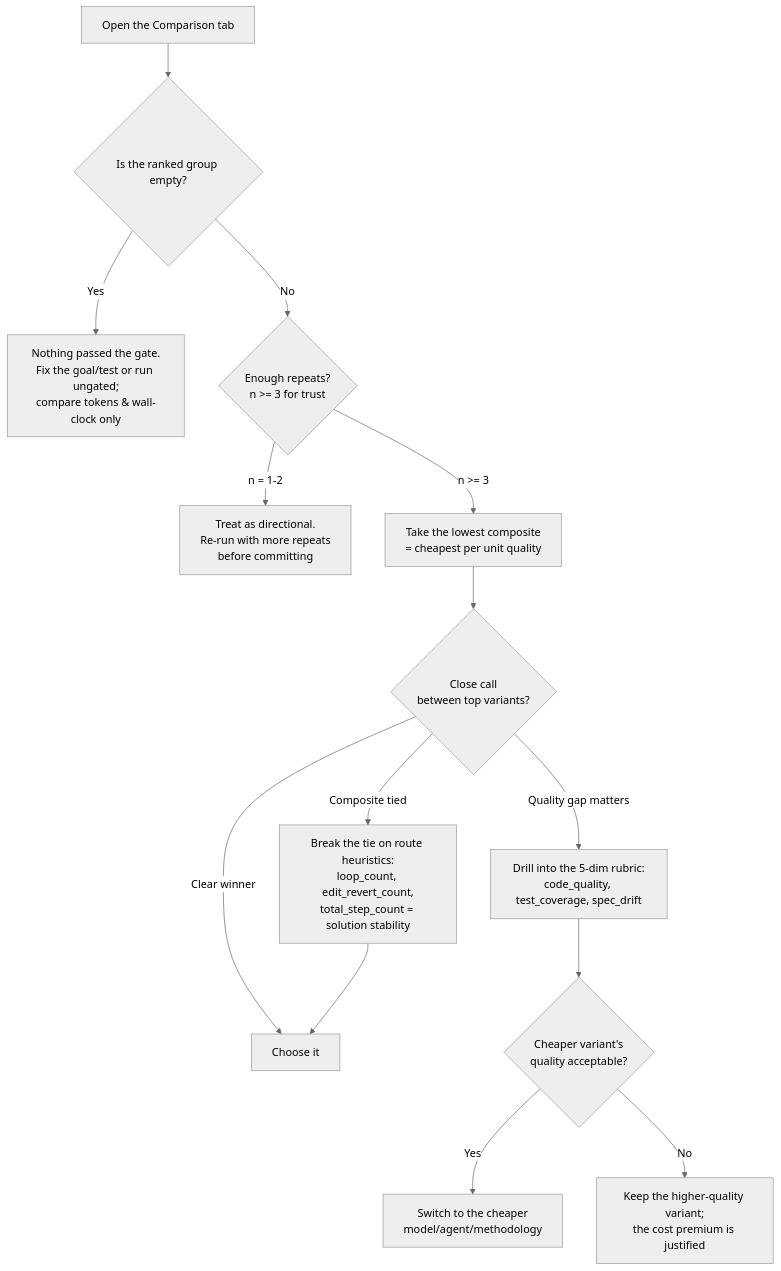
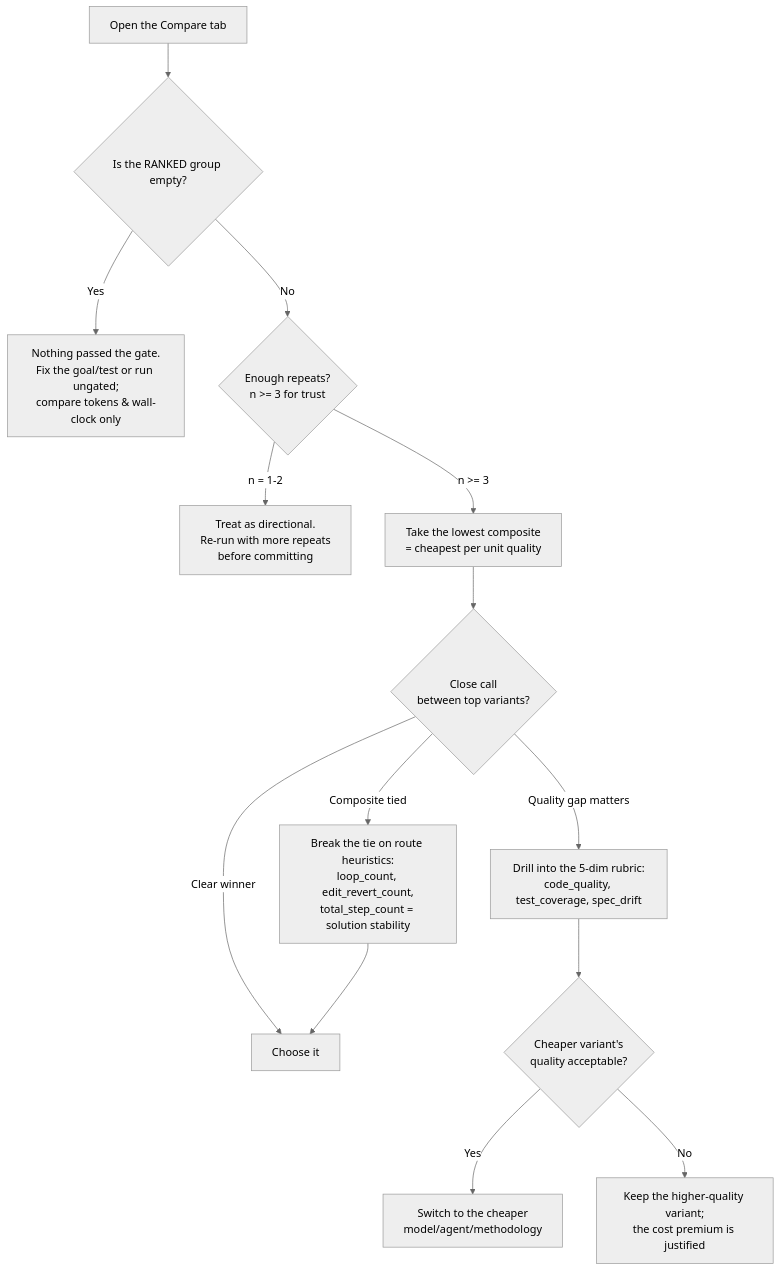
Before and after one commit to fwornle/coding: the diagram in docs-content/measurement/tutorial.md, drawn with Mermaid (neutral theme). The commit also changed other lines of this file and 61 other files, not shown here.

````diff
--- a/docs-content/measurement/tutorial.md
+++ b/docs-content/measurement/tutorial.md
@@ -115,16 +132,16 @@
 ```mermaid
 graph TD
-    A[Open the Comparison tab] --> B{Is the ranked group empty?}
+    A[Open the Compare tab] --> B{Is the RANKED group empty?}
     B -->|Yes| B1[Nothing passed the gate.<br/>Fix the goal/test or run ungated;<br/>compare tokens & wall-clock only]
     B -->|No| C{Enough repeats?<br/>n >= 3 for trust}
     C -->|n = 1-2| C1[Treat as directional.<br/>Re-run with more repeats<br/>before committing]
     C -->|n >= 3| D[Take the lowest composite<br/>= cheapest per unit quality]
     D --> E{Close call<br/>between top variants?}
     E -->|Clear winner| F[Choose it]
     E -->|Composite tied| G[Break the tie on route heuristics:<br/>loop_count, edit_revert_count,<br/>total_step_count = solution stability]
     E -->|Quality gap matters| H[Drill into the 5-dim rubric:<br/>code_quality, test_coverage, spec_drift]
     G --> F
     H --> I{Cheaper variant's<br/>quality acceptable?}
     I -->|Yes| J[Switch to the cheaper<br/>model/agent/methodology]
     I -->|No| K[Keep the higher-quality variant;<br/>the cost premium is justified]
 ```
````
